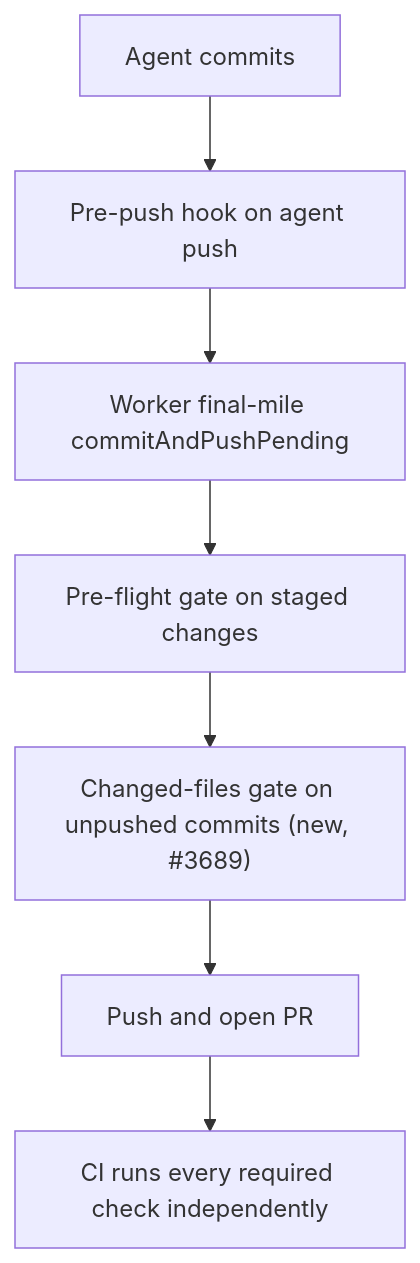
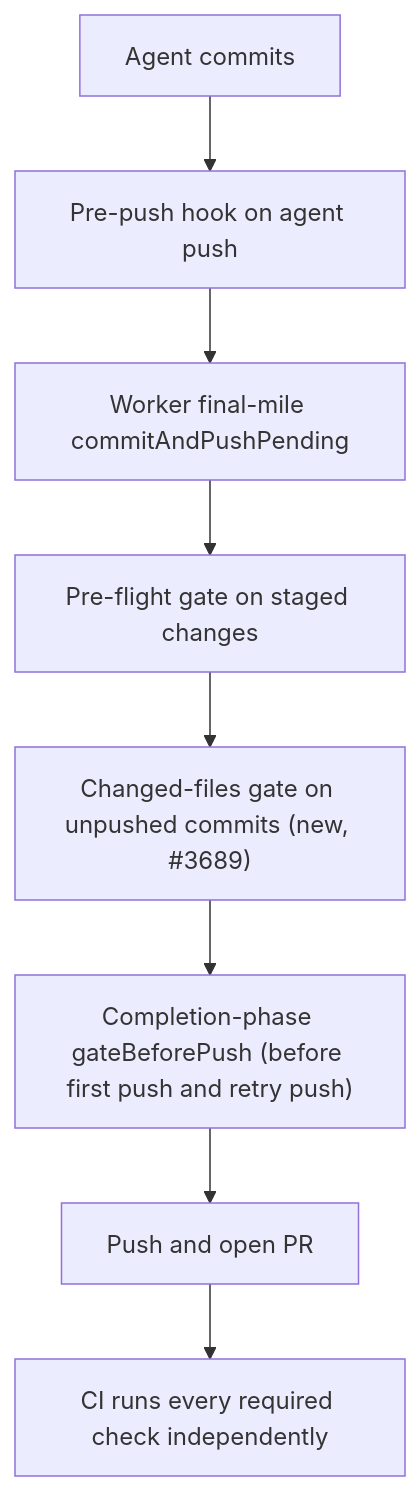
One commit to stSoftwareAU/VibeCoder changed the diagram in docs/pre-pr-ci-audit.md. Above: the diagram before and after it, drawn with Mermaid. The commit also changed other lines of this file and 1 other file, not shown here.

First line of the commit message:
Docs: record Step 1b and completion-phase gate in pre-PR audit (#3689)

````diff
--- a/docs/pre-pr-ci-audit.md
+++ b/docs/pre-pr-ci-audit.md
@@ -33,9 +39,10 @@
 ```mermaid
 flowchart TD
     A["Agent commits"] --> B["Pre-push hook on agent push"]
     B --> C["Worker final-mile commitAndPushPending"]
     C --> D["Pre-flight gate on staged changes"]
     D --> E["Changed-files gate on unpushed commits (new, #3689)"]
-    E --> F["Push and open PR"]
+    E --> H["Completion-phase gateBeforePush (before first push and retry push)"]
+    H --> F["Push and open PR"]
     F --> G["CI runs every required check independently"]
 ```
````
